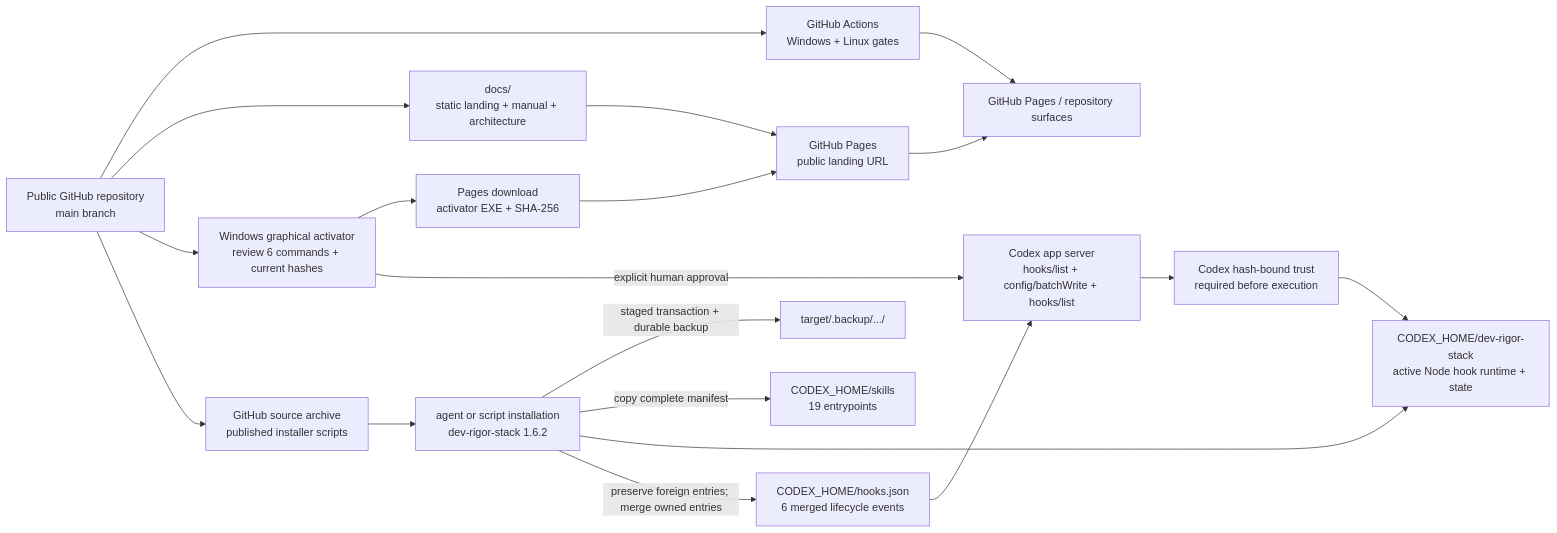
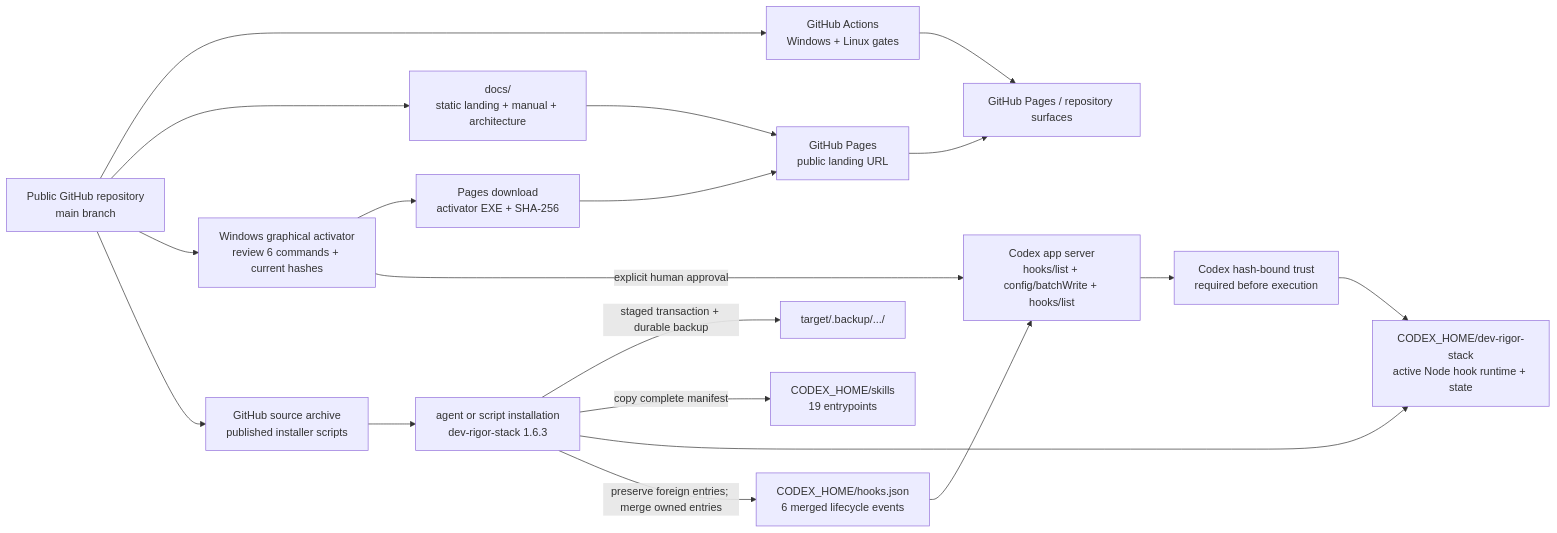
Before and after one commit to scottconverse/codex-dev-rigor-stack: the fifth of 5 diagrams in docs/ARCHITECTURE.md, drawn with Mermaid. The commit also changed other lines of this file and 28 other files, not shown here.

````diff
--- a/docs/ARCHITECTURE.md
+++ b/docs/ARCHITECTURE.md
@@ -196,29 +200,29 @@
 ```mermaid
 flowchart LR
     Source["Public GitHub repository\nmain branch"]
     Docs["docs/\nstatic landing + manual + architecture"]
     Pages["GitHub Pages\npublic landing URL"]
     Archive["GitHub source archive\npublished installer scripts"]
-    Installer["agent or script installation\ndev-rigor-stack 1.6.2"]
+    Installer["agent or script installation\ndev-rigor-stack 1.6.3"]
     Backup["target/.backup/.../<timestamp>"]
     Home["CODEX_HOME/skills\n19 entrypoints"]
     Runtime["CODEX_HOME/dev-rigor-stack\nactive Node hook runtime + state"]
     HookConfig["CODEX_HOME/hooks.json\n6 merged lifecycle events"]
     Activator["Windows graphical activator\nreview 6 commands + current hashes"]
     AppServer["Codex app server\nhooks/list + config/batchWrite + hooks/list"]
     Trust["Codex hash-bound trust\nrequired before execution"]
     Download["Pages download\nactivator EXE + SHA-256"]
     CI["GitHub Actions\nWindows + Linux gates"]
     Publish["GitHub Pages / repository surfaces"]
 
     Source --> CI --> Publish
     Source --> Docs --> Pages --> Publish
     Source --> Activator --> Download --> Pages
     Source --> Archive --> Installer
     Installer -->|staged transaction + durable backup| Backup
     Installer -->|copy complete manifest| Home
     Installer --> Runtime
     Installer -->|preserve foreign entries; merge owned entries| HookConfig
     HookConfig --> AppServer
     Activator -->|explicit human approval| AppServer --> Trust --> Runtime
 ```
````
